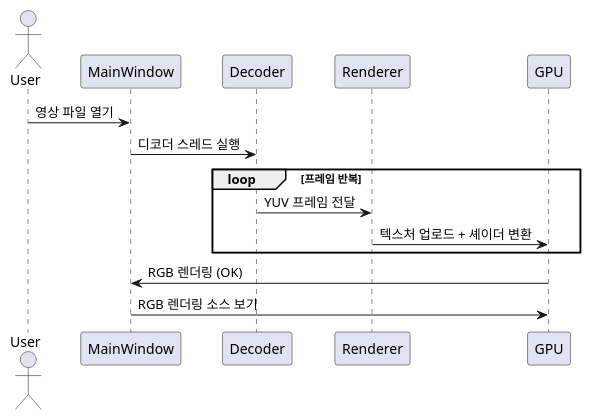
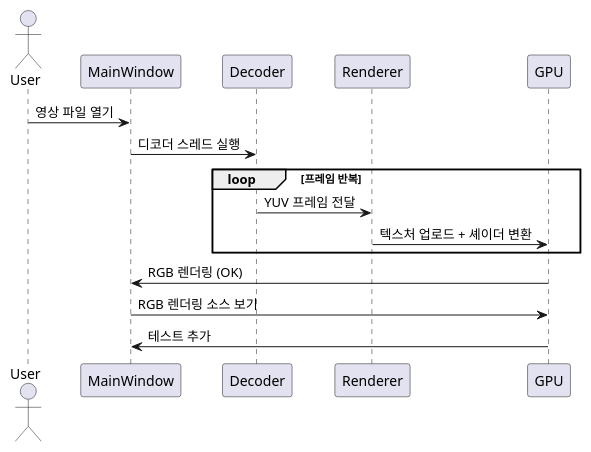
The diagram in 동영상재생기.puml (mhjang22/First-My-Project), drawn with PlantUML before and after one commit.

Commit message:
테스트 추가

```diff
--- a/동영상재생기.puml
+++ b/동영상재생기.puml
@@ -1,18 +1,19 @@
 @startuml
 actor User
 participant MainWindow
 participant Decoder
 participant Renderer
 participant GPU
 
 User -> MainWindow : 영상 파일 열기
 MainWindow -> Decoder : 디코더 스레드 실행
 loop 프레임 반복
   Decoder -> Renderer : YUV 프레임 전달
   Renderer -> GPU : 텍스처 업로드 + 셰이더 변환
 end
 GPU -> MainWindow : RGB 렌더링 (OK)
 
 MainWindow -> GPU : RGB 렌더링 소스 보기
 
+GPU -> MainWindow : 테스트 추가
 @enduml
```
